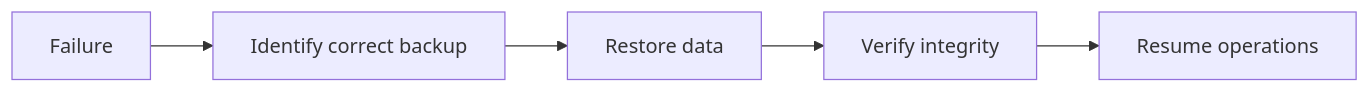
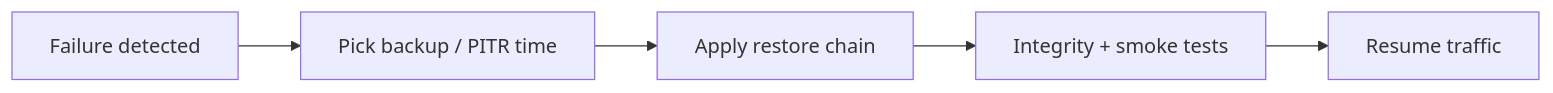
One commit to hareramcse/SystemDesign changed diagram 13 of 21 in 12-reliability-engineering/README.md. Above: the diagram before and after it, drawn with Mermaid. The commit also changed other lines of this file, not shown here.

````diff
--- a/12-reliability-engineering/README.md
+++ b/12-reliability-engineering/README.md
@@ -845,7 +670,7 @@
 ```mermaid
 flowchart LR
-    Fail[Failure] --> Identify[Identify correct backup]
-    Identify --> Restore[Restore data]
-    Restore --> Verify[Verify integrity]
-    Verify --> Resume[Resume operations]
+    Fail[Failure detected] --> Identify[Pick backup / PITR time]
+    Identify --> Restore[Apply restore chain]
+    Restore --> Verify[Integrity + smoke tests]
+    Verify --> Resume[Resume traffic]
 ```
````
